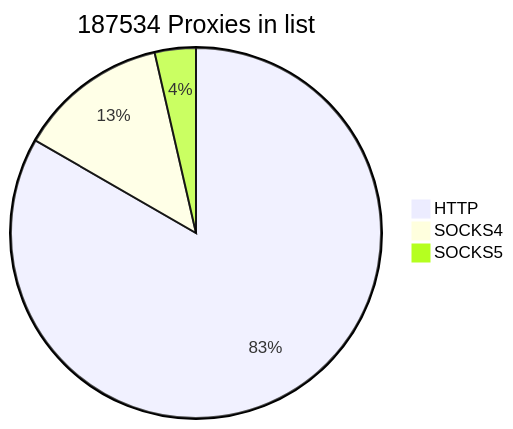
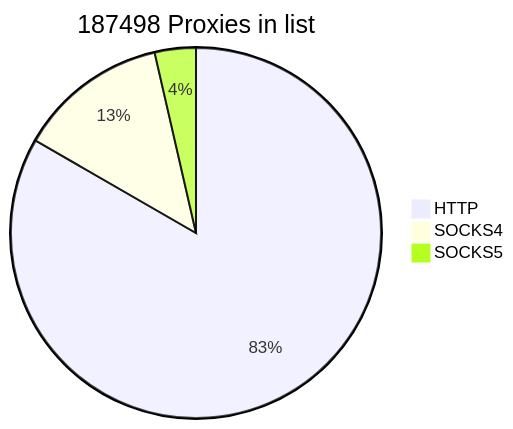
One commit to cutipu/proxylist changed the first of 2 diagrams in README.md. Above: the diagram before and after it, drawn with Mermaid. The commit also changed other lines of this file, not shown here.

````diff
--- a/README.md
+++ b/README.md
@@ -2,7 +2,7 @@
 ```mermaid
-pie title 187534 Proxies in list
-    "HTTP" : 156259
+pie title 187498 Proxies in list
+    "HTTP" : 156223
     "SOCKS4" : 24545
     "SOCKS5" : 6730
             
 ```
````
